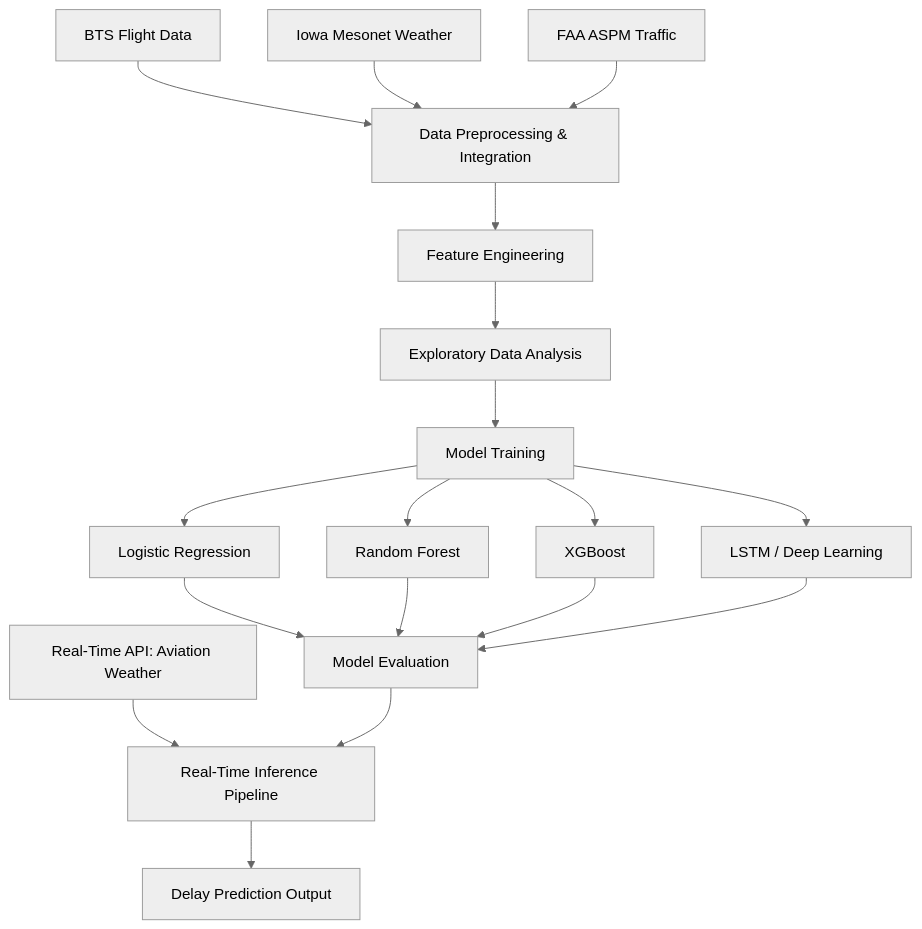
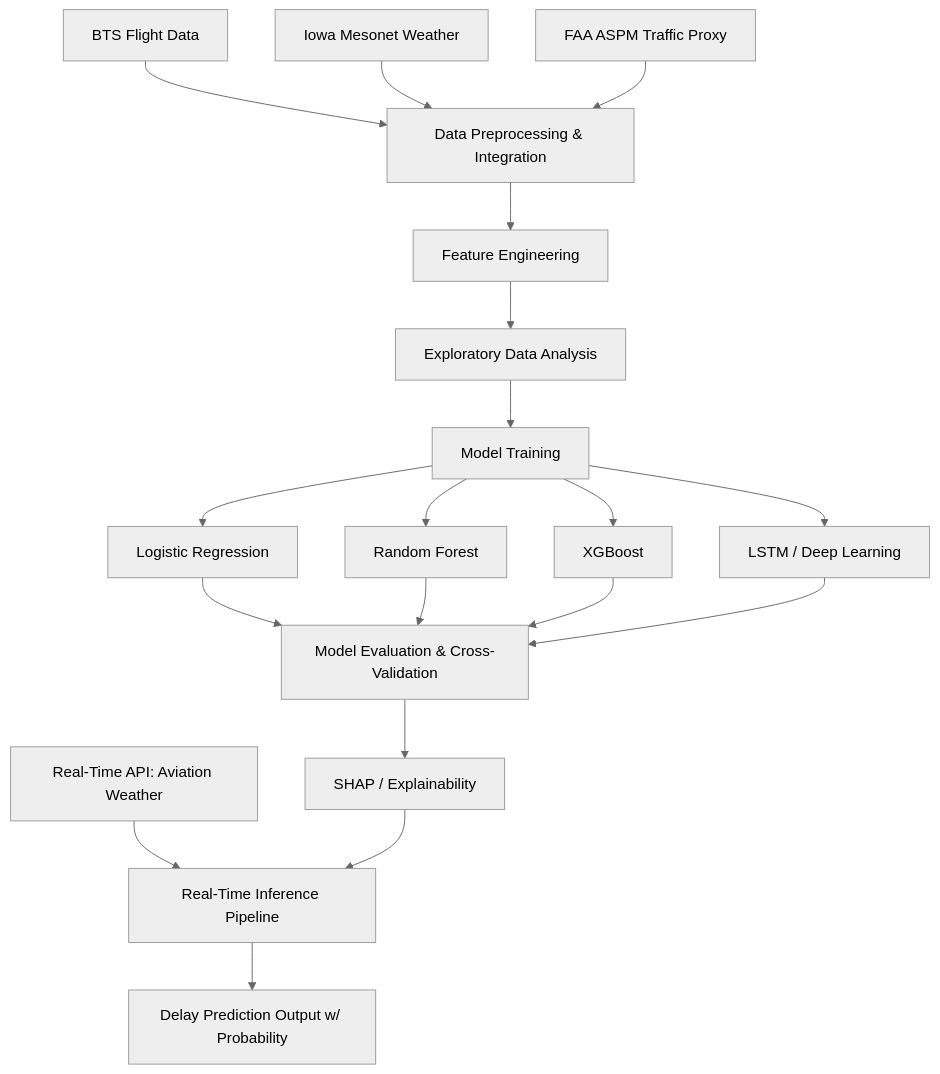
Before and after one commit to NCMFN/ClaudeCode: the diagram in architecture.mmd, drawn with Mermaid (neutral theme). The commit also changed 4 other files, not shown here.

Commit message:
feat: complete flight delay prediction ML pipeline notebook

```diff
--- a/architecture.mmd
+++ b/architecture.mmd
@@ -1,24 +1,26 @@
 graph TD
     classDef plain fill:transparent,stroke:none,color:#000
 
     A[BTS Flight Data] --> D[Data Preprocessing & Integration]
     B[Iowa Mesonet Weather] --> D
-    C[FAA ASPM Traffic] --> D
+    C[FAA ASPM Traffic Proxy] --> D
 
     D --> E[Feature Engineering]
     E --> F[Exploratory Data Analysis]
     F --> G[Model Training]
 
     G --> H[Logistic Regression]
     G --> I[Random Forest]
     G --> J[XGBoost]
     G --> K[LSTM / Deep Learning]
 
-    H --> L[Model Evaluation]
+    H --> L[Model Evaluation & Cross-Validation]
     I --> L
     J --> L
     K --> L
 
+    L --> P[SHAP / Explainability]
+
     M[Real-Time API: Aviation Weather] --> N[Real-Time Inference Pipeline]
-    L --> N
-    N --> O[Delay Prediction Output]
+    P --> N
+    N --> O[Delay Prediction Output w/ Probability]
```
